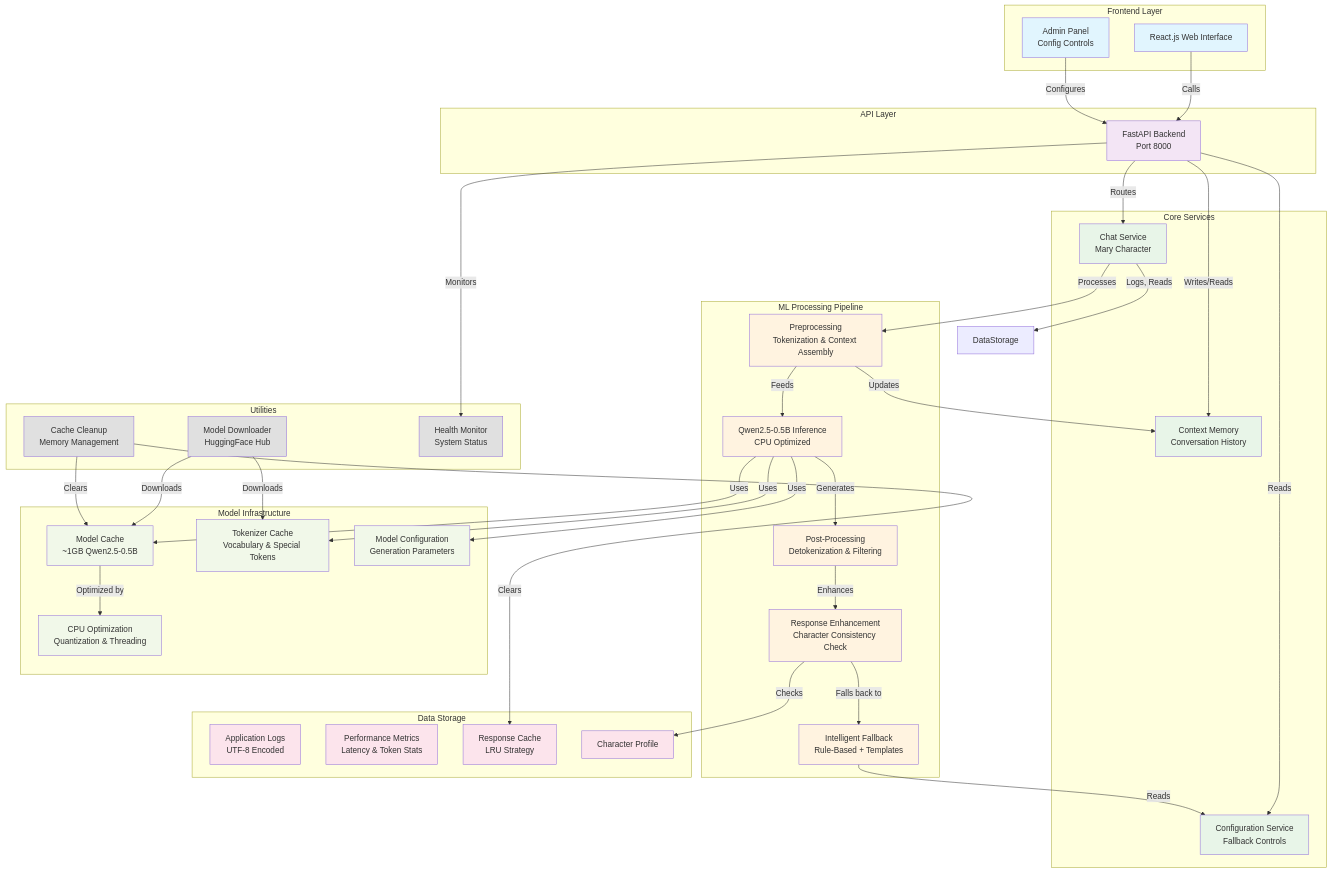
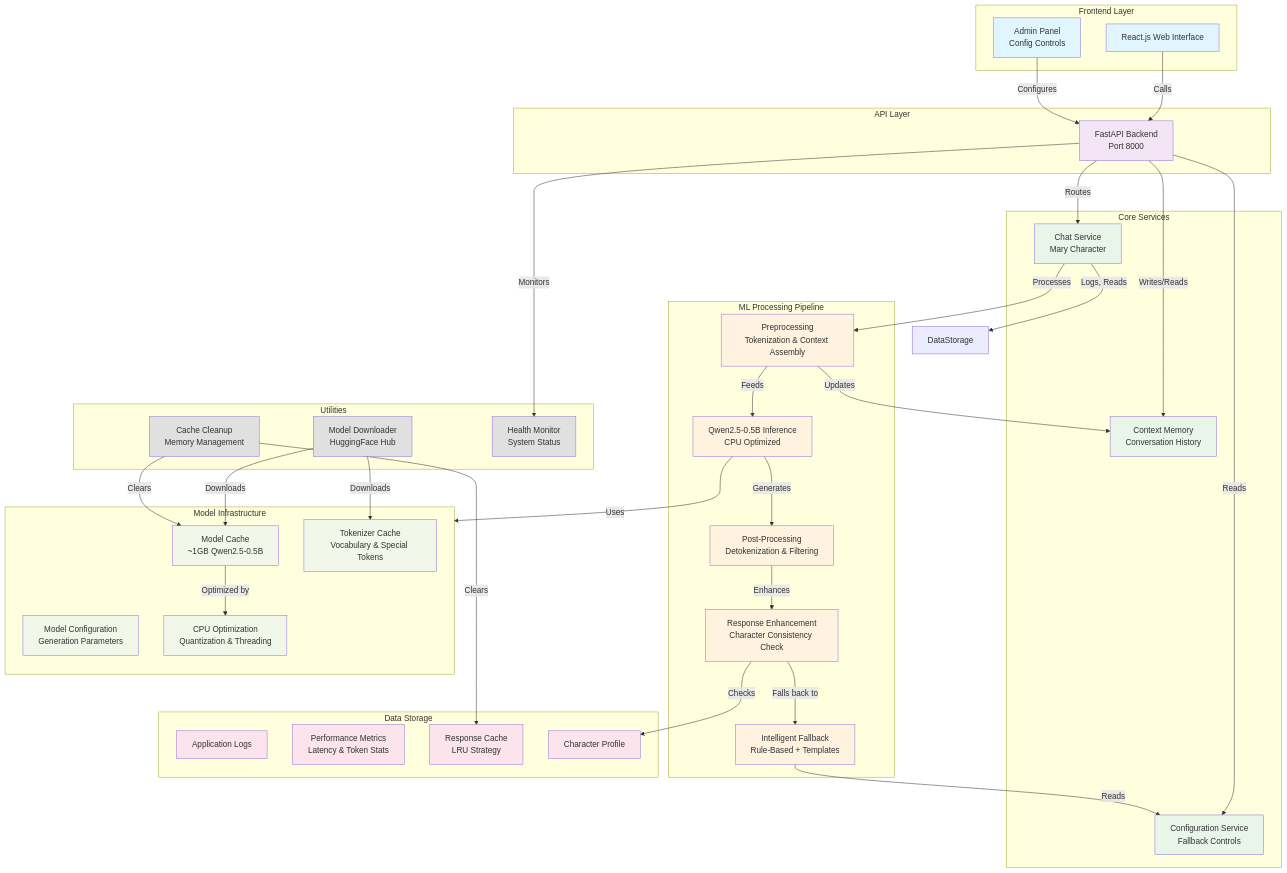
One commit to shaf-aston/FYP-sales-training-tool changed the diagram in project.mmd. Above: the diagram before and after it, drawn with Mermaid.

Commit message:
project .mmd updated

```diff
--- a/project.mmd
+++ b/project.mmd
@@ -1,86 +1,86 @@
 flowchart TB
  subgraph subGraph0["Frontend Layer"]
         UI["React.js Web Interface"]
         Admin["Admin Panel<br>Config Controls"]
   end
  subgraph subGraph1["API Layer"]
         API["FastAPI Backend<br>Port 8000"]
   end
  subgraph subGraph2["Core Services"]
         Chat["Chat Service<br>Mary Character"]
         Config["Configuration Service<br>Fallback Controls"]
         Memory["Context Memory<br>Conversation History"]
   end
  subgraph subGraph3["ML Processing Pipeline"]
         PreProc["Preprocessing<br>Tokenization &amp; Context Assembly"]
         Inference["Qwen2.5-0.5B Inference<br>CPU Optimized"]
         PostProc["Post-Processing<br>Detokenization &amp; Filtering"]
         Enhanced["Response Enhancement<br>Character Consistency Check"]
         Fallback["Intelligent Fallback<br>Rule-Based + Templates"]
   end
  subgraph subGraph4["Model Infrastructure"]
         ModelCache["Model Cache<br>~1GB Qwen2.5-0.5B"]
         Tokenizer["Tokenizer Cache<br>Vocabulary &amp; Special Tokens"]
         ModelConfig["Model Configuration<br>Generation Parameters"]
         Optimizer["CPU Optimization<br>Quantization &amp; Threading"]
   end
  subgraph subGraph5["Data Storage"]
-        Logs["Application Logs<br>UTF-8 Encoded"]
+        Logs["Application Logs<br>"]
         Stats["Performance Metrics<br>Latency &amp; Token Stats"]
         Cache["Response Cache<br>LRU Strategy"]
         Profile["Character Profile<br>"]
   end
  subgraph Utilities["Utilities"]
         Download["Model Downloader<br>HuggingFace Hub"]
         Cleanup["Cache Cleanup<br>Memory Management"]
         Health["Health Monitor<br>System Status"]
   end
     UI -- Calls --> API
     Admin -- Configures --> API
     API -- Routes --> Chat
     API -- Reads --> Config
     API -- Writes/Reads --> Memory
     API -- Monitors --> Health
     Chat -- Processes --> PreProc
     PreProc -- Feeds --> Inference
     Inference -- Generates --> PostProc
     PostProc -- Enhances --> Enhanced
     Enhanced -- Falls back to --> Fallback
-    Inference -- Uses --> ModelCache & Tokenizer & ModelConfig
     ModelCache -- Optimized by --> Optimizer
     Chat -- Logs, Reads --> DataStorage["DataStorage"]
     Download -- Downloads --> ModelCache & Tokenizer
     Cleanup -- Clears --> ModelCache & Cache
     PreProc -- Updates --> Memory
     Fallback -- Reads --> Config
     Enhanced -- Checks --> Profile
+    Inference -- Uses --> subGraph4
 
      UI:::frontend
      Admin:::frontend
      API:::api
      Chat:::core
      Config:::core
      Memory:::core
      PreProc:::ml
      Inference:::ml
      PostProc:::ml
      Enhanced:::ml
      Fallback:::ml
      ModelCache:::model
      Tokenizer:::model
      ModelConfig:::model
      Optimizer:::model
-     Profile:::data
-     Cache:::data
      Logs:::data
      Stats:::data
+     Cache:::data
+     Profile:::data
      Download:::utils
      Cleanup:::utils
      Health:::utils
     classDef frontend fill:#e1f5fe
     classDef api fill:#f3e5f5
     classDef core fill:#e8f5e8
     classDef ml fill:#fff3e0
     classDef model fill:#f1f8e9
     classDef data fill:#fce4ec
     classDef utils fill:#e0e0e0
```
